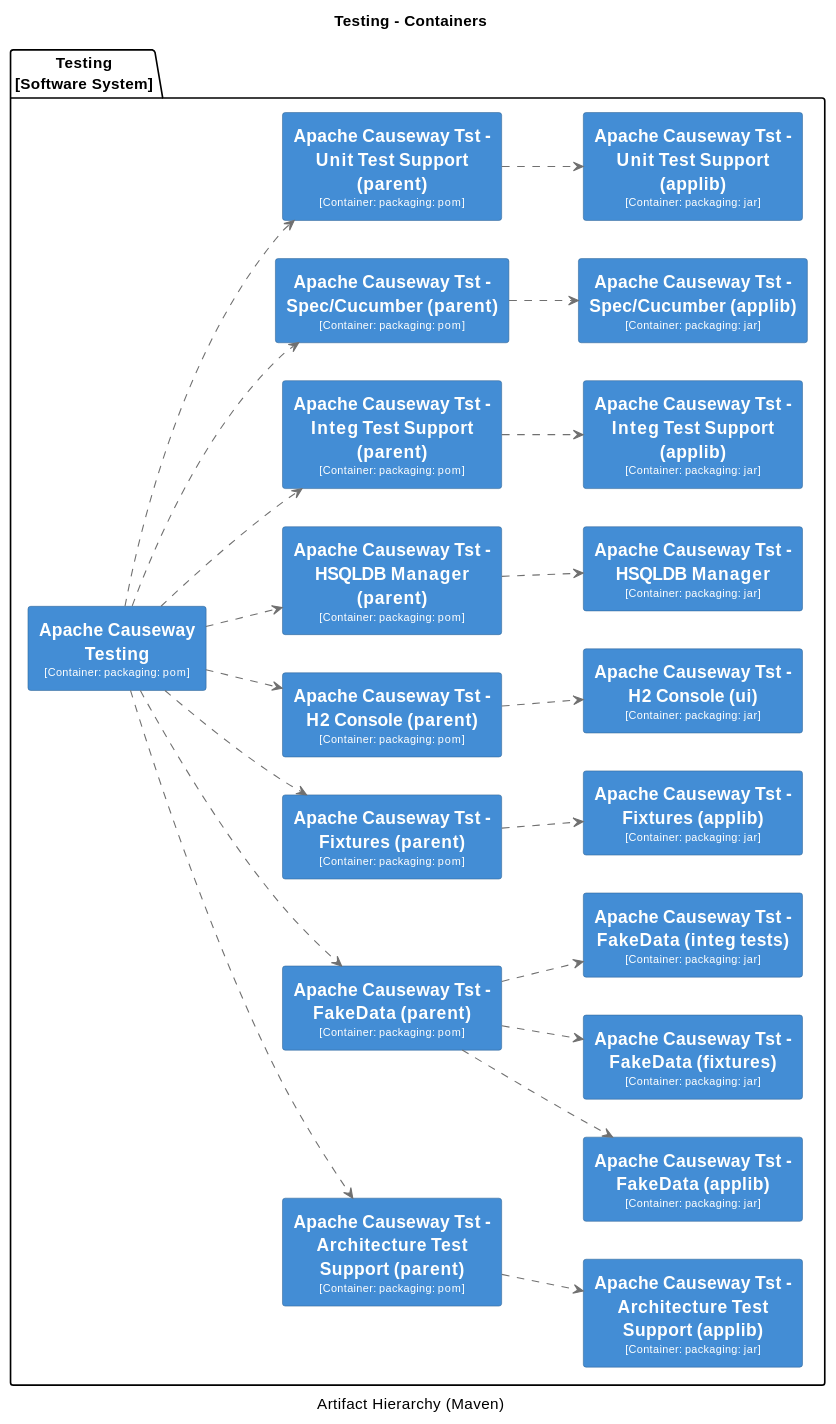
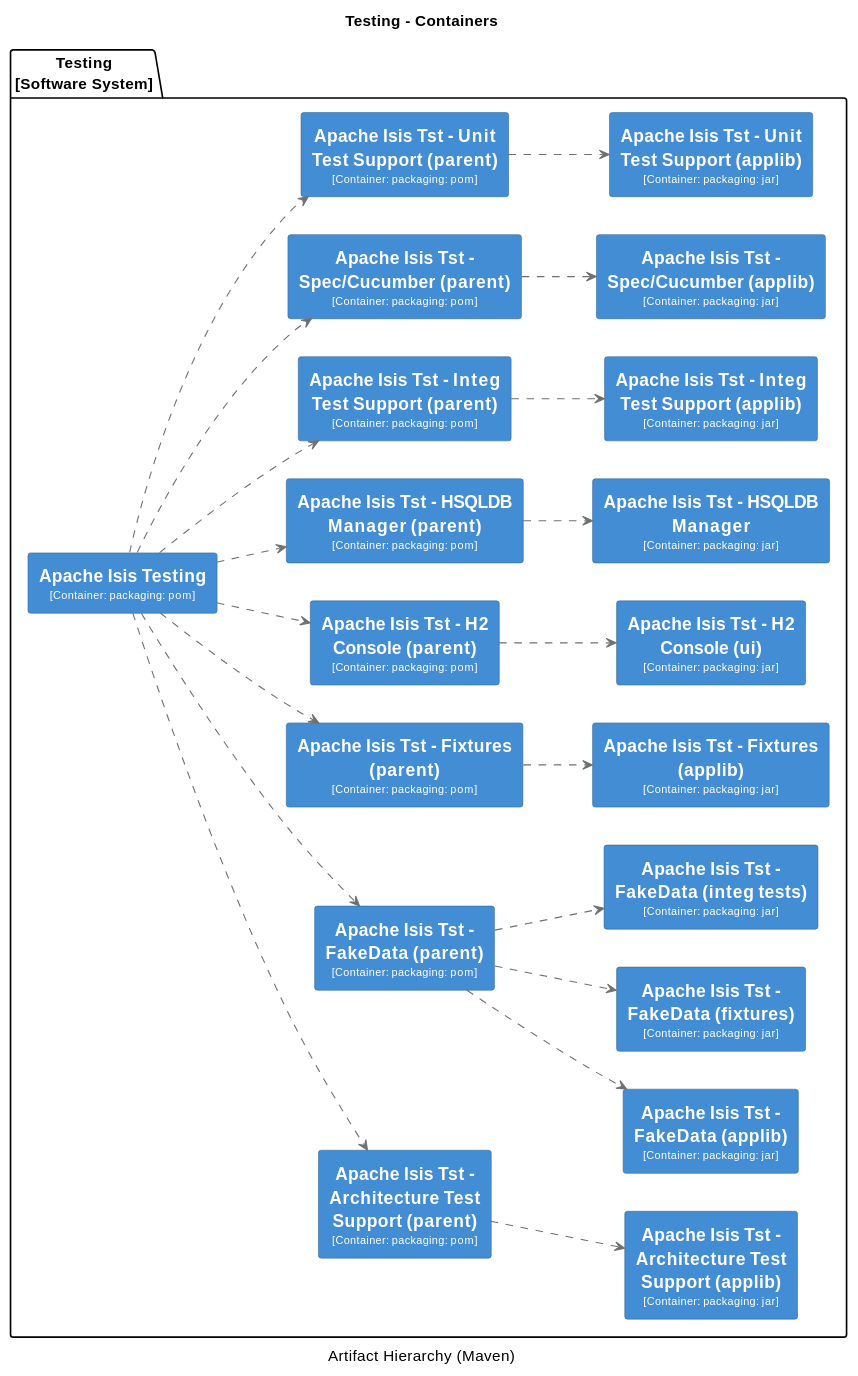
One commit to Supermajestcd/XMP--toolkits changed the third of 32 diagrams in core/adoc/modules/_overview/pages/about.adoc. Above: the diagram before and after it, drawn with PlantUML. The commit also changed other lines of this file and 13521 other files, not shown here.

```diff
--- a/core/adoc/modules/_overview/pages/about.adoc
+++ b/core/adoc/modules/_overview/pages/about.adoc
@@ -236,25 +236,25 @@
   BorderColor #2E6295
 }
 package "Testing\n[Software System]" {
-  rectangle "==Apache Causeway Testing\n<size:10>[Container: packaging: pom]</size>" <<2>> as 2
-  rectangle "==Apache Causeway Tst - Architecture Test Support (applib)\n<size:10>[Container: packaging: jar]</size>" <<4>> as 4
-  rectangle "==Apache Causeway Tst - Architecture Test Support (parent)\n<size:10>[Container: packaging: pom]</size>" <<3>> as 3
-  rectangle "==Apache Causeway Tst - FakeData (applib)\n<size:10>[Container: packaging: jar]</size>" <<6>> as 6
-  rectangle "==Apache Causeway Tst - FakeData (fixtures)\n<size:10>[Container: packaging: jar]</size>" <<7>> as 7
-  rectangle "==Apache Causeway Tst - FakeData (integ tests)\n<size:10>[Container: packaging: jar]</size>" <<8>> as 8
-  rectangle "==Apache Causeway Tst - FakeData (parent)\n<size:10>[Container: packaging: pom]</size>" <<5>> as 5
-  rectangle "==Apache Causeway Tst - Fixtures (applib)\n<size:10>[Container: packaging: jar]</size>" <<10>> as 10
-  rectangle "==Apache Causeway Tst - Fixtures (parent)\n<size:10>[Container: packaging: pom]</size>" <<9>> as 9
-  rectangle "==Apache Causeway Tst - H2 Console (parent)\n<size:10>[Container: packaging: pom]</size>" <<11>> as 11
-  rectangle "==Apache Causeway Tst - H2 Console (ui)\n<size:10>[Container: packaging: jar]</size>" <<12>> as 12
-  rectangle "==Apache Causeway Tst - HSQLDB Manager\n<size:10>[Container: packaging: jar]</size>" <<14>> as 14
-  rectangle "==Apache Causeway Tst - HSQLDB Manager (parent)\n<size:10>[Container: packaging: pom]</size>" <<13>> as 13
-  rectangle "==Apache Causeway Tst - Integ Test Support (applib)\n<size:10>[Container: packaging: jar]</size>" <<16>> as 16
-  rectangle "==Apache Causeway Tst - Integ Test Support (parent)\n<size:10>[Container: packaging: pom]</size>" <<15>> as 15
-  rectangle "==Apache Causeway Tst - Spec/Cucumber (applib)\n<size:10>[Container: packaging: jar]</size>" <<18>> as 18
-  rectangle "==Apache Causeway Tst - Spec/Cucumber (parent)\n<size:10>[Container: packaging: pom]</size>" <<17>> as 17
-  rectangle "==Apache Causeway Tst - Unit Test Support (applib)\n<size:10>[Container: packaging: jar]</size>" <<20>> as 20
-  rectangle "==Apache Causeway Tst - Unit Test Support (parent)\n<size:10>[Container: packaging: pom]</size>" <<19>> as 19
+  rectangle "==Apache Isis Testing\n<size:10>[Container: packaging: pom]</size>" <<2>> as 2
+  rectangle "==Apache Isis Tst - Architecture Test Support (applib)\n<size:10>[Container: packaging: jar]</size>" <<4>> as 4
+  rectangle "==Apache Isis Tst - Architecture Test Support (parent)\n<size:10>[Container: packaging: pom]</size>" <<3>> as 3
+  rectangle "==Apache Isis Tst - FakeData (applib)\n<size:10>[Container: packaging: jar]</size>" <<6>> as 6
+  rectangle "==Apache Isis Tst - FakeData (fixtures)\n<size:10>[Container: packaging: jar]</size>" <<7>> as 7
+  rectangle "==Apache Isis Tst - FakeData (integ tests)\n<size:10>[Container: packaging: jar]</size>" <<8>> as 8
+  rectangle "==Apache Isis Tst - FakeData (parent)\n<size:10>[Container: packaging: pom]</size>" <<5>> as 5
+  rectangle "==Apache Isis Tst - Fixtures (applib)\n<size:10>[Container: packaging: jar]</size>" <<10>> as 10
+  rectangle "==Apache Isis Tst - Fixtures (parent)\n<size:10>[Container: packaging: pom]</size>" <<9>> as 9
+  rectangle "==Apache Isis Tst - H2 Console (parent)\n<size:10>[Container: packaging: pom]</size>" <<11>> as 11
+  rectangle "==Apache Isis Tst - H2 Console (ui)\n<size:10>[Container: packaging: jar]</size>" <<12>> as 12
+  rectangle "==Apache Isis Tst - HSQLDB Manager\n<size:10>[Container: packaging: jar]</size>" <<14>> as 14
+  rectangle "==Apache Isis Tst - HSQLDB Manager (parent)\n<size:10>[Container: packaging: pom]</size>" <<13>> as 13
+  rectangle "==Apache Isis Tst - Integ Test Support (applib)\n<size:10>[Container: packaging: jar]</size>" <<16>> as 16
+  rectangle "==Apache Isis Tst - Integ Test Support (parent)\n<size:10>[Container: packaging: pom]</size>" <<15>> as 15
+  rectangle "==Apache Isis Tst - Spec/Cucumber (applib)\n<size:10>[Container: packaging: jar]</size>" <<18>> as 18
+  rectangle "==Apache Isis Tst - Spec/Cucumber (parent)\n<size:10>[Container: packaging: pom]</size>" <<17>> as 17
+  rectangle "==Apache Isis Tst - Unit Test Support (applib)\n<size:10>[Container: packaging: jar]</size>" <<20>> as 20
+  rectangle "==Apache Isis Tst - Unit Test Support (parent)\n<size:10>[Container: packaging: pom]</size>" <<19>> as 19
 }
 2 .[#707070].> 3 : ""
 2 .[#707070].> 5 : ""
```
